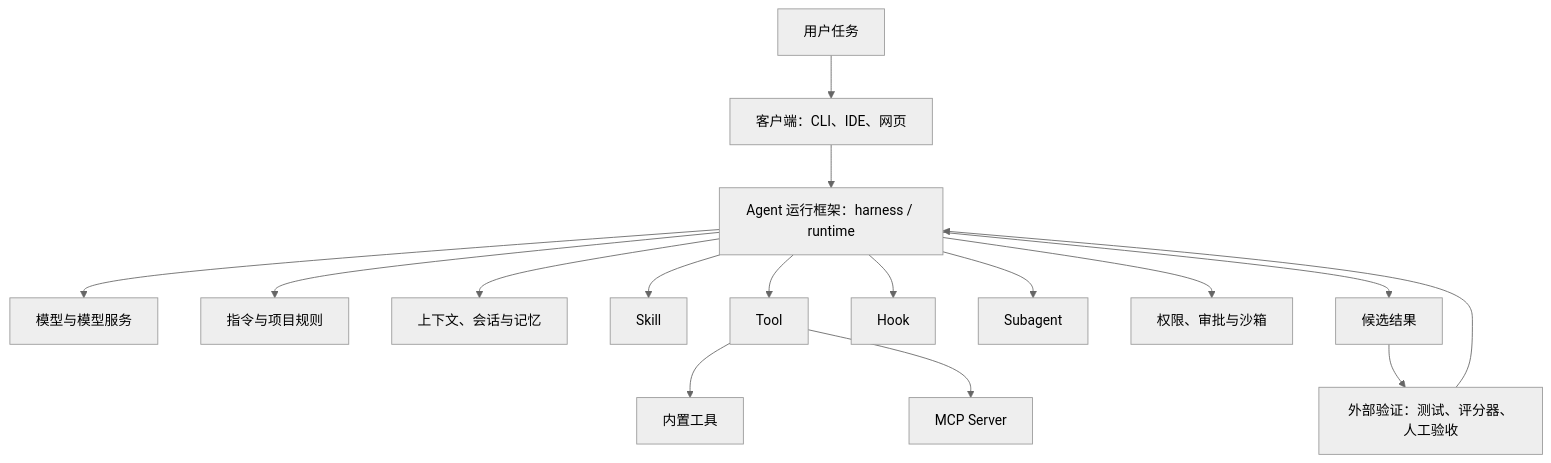
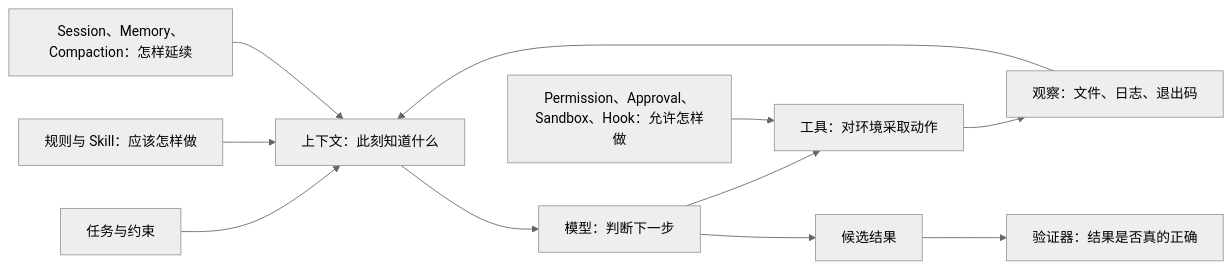
The diagram in docs/01_foundations.md (jjdak/agentStudy), drawn with Mermaid (neutral theme) before and after one commit. The commit also changed other lines of this file and 23 other files, not shown here.

````diff
--- a/docs/01_foundations.md
+++ b/docs/01_foundations.md
@@ -177,18 +249,14 @@
 ```mermaid
-flowchart TD
-    U["用户任务"] --> UI["客户端：CLI、IDE、网页"]
-    UI --> H["Agent 运行框架：harness / runtime"]
-    H --> M["模型与模型服务"]
-    H --> I["指令与项目规则"]
-    H --> C["上下文、会话与记忆"]
-    H --> S["Skill"]
-    H --> T["Tool"]
-    T --> B["内置工具"]
-    T --> MCP["MCP Server"]
-    H --> K["Hook"]
-    H --> A["Subagent"]
-    H --> P["权限、审批与沙箱"]
-    H --> O["候选结果"]
-    O --> V["外部验证：测试、评分器、人工验收"]
-    V --> H
+flowchart LR
+    U["任务与约束"] --> C["上下文：此刻知道什么"]
+    C --> M["模型：判断下一步"]
+    M --> T["工具：对环境采取动作"]
+    T --> O["观察：文件、日志、退出码"]
+    O --> C
+    M --> R["候选结果"]
+    R --> V["验证器：结果是否真的正确"]
+
+    S["规则与 Skill：应该怎样做"] --> C
+    ST["Session、Memory、Compaction：怎样延续"] --> C
+    G["Permission、Approval、Sandbox、Hook：允许怎样做"] --> T
 ```
````
